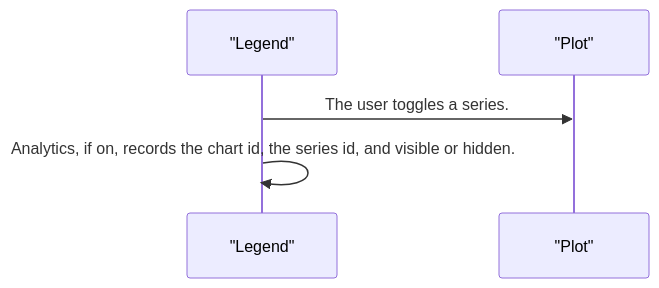
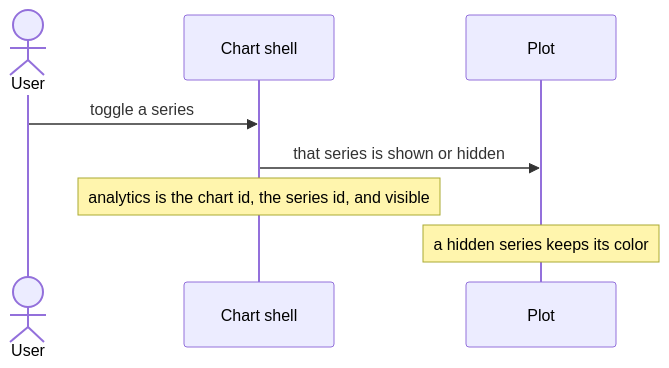
Before and after one commit to RajshekharBorate/pixel-ui: the third of 4 diagrams in projects/pixel-ui/src/lib/pixel-chart-shell/DESIGN.md, drawn with Mermaid. The commit also changed other lines of this file and 73 other files, not shown here.

Commit message:
Explain who owns each value and what each flow does in every component and service design.

````diff
--- a/projects/pixel-ui/src/lib/pixel-chart-shell/DESIGN.md
+++ b/projects/pixel-ui/src/lib/pixel-chart-shell/DESIGN.md
@@ -68,7 +88,10 @@
 ```mermaid
 sequenceDiagram
-  participant legend as "Legend"
-  participant plot as "Plot"
-  legend->>plot: The user toggles a series.
-  legend->>legend: Analytics, if on, records the chart id, the series id, and visible or hidden.
+  actor User
+  participant Shell as Chart shell
+  participant Plot
+  User->>Shell: toggle a series
+  Shell->>Plot: that series is shown or hidden
+  Note over Shell: analytics is the chart id, the series id, and visible
+  Note over Plot: a hidden series keeps its color
 ```
````
